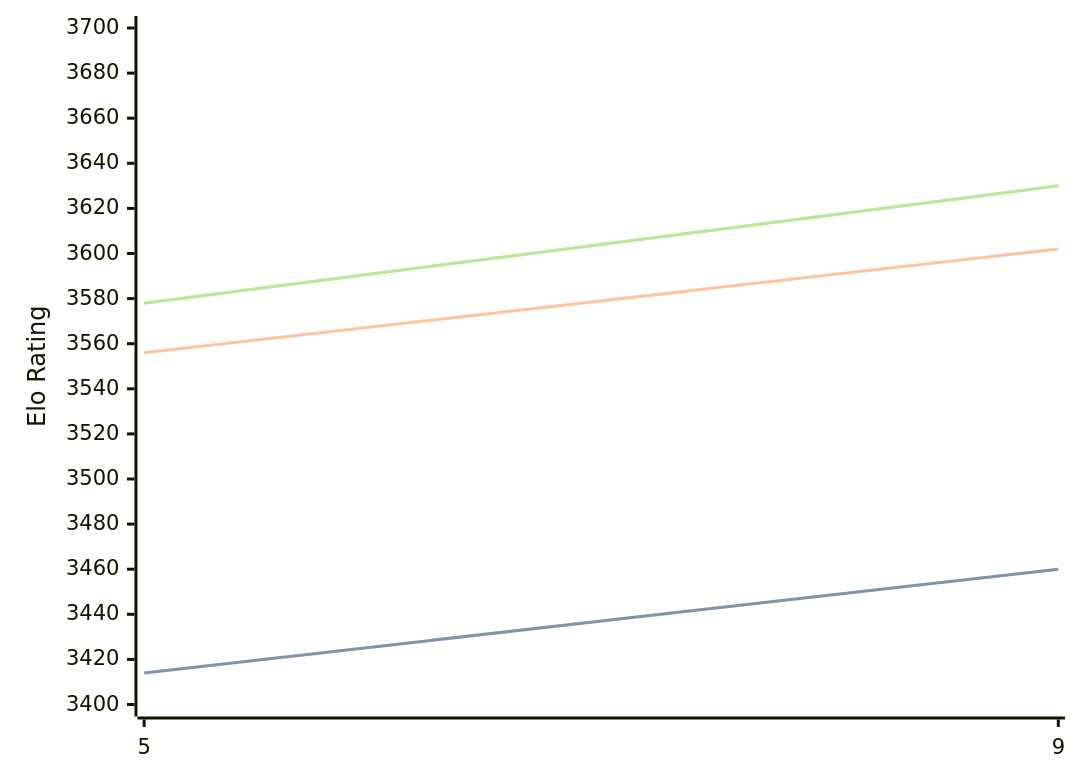
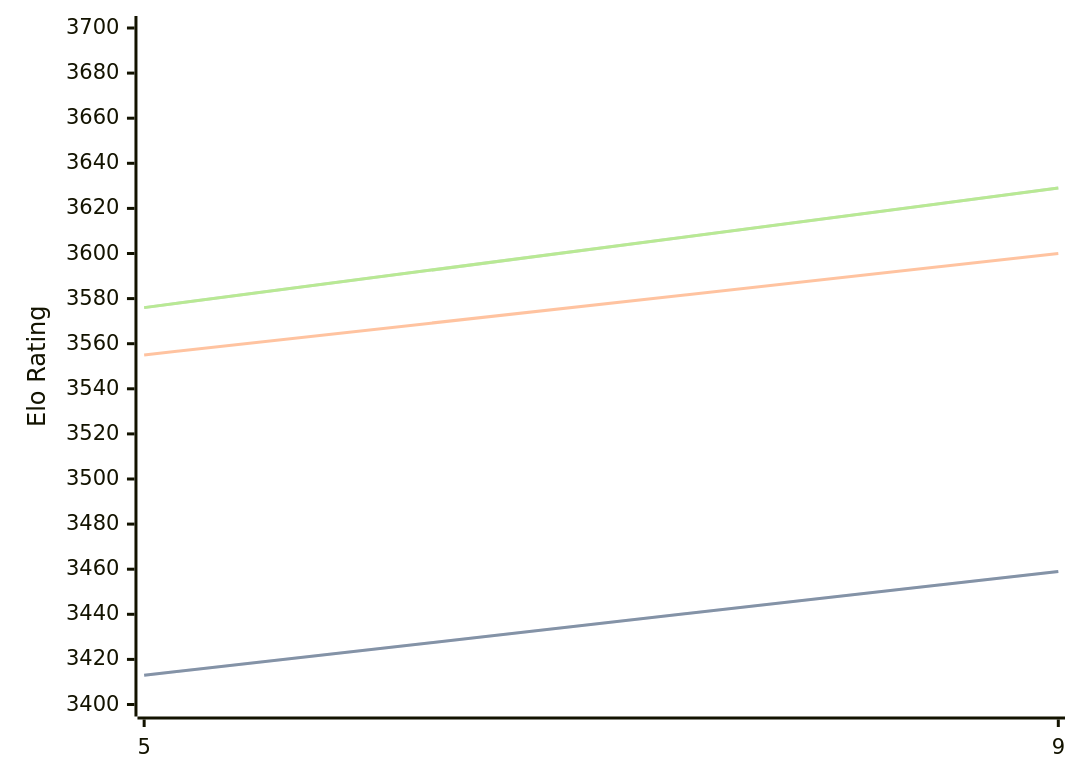
The diagram in engines/Crystal.md (computer-chess-index/cci), drawn with Mermaid before and after one commit. The commit also changed other lines of this file, not shown here.

Commit message:
Update CCI Ratings (ELO VLTC) - 2026-04-26

````diff
--- a/engines/Crystal.md
+++ b/engines/Crystal.md
@@ -60,11 +60,11 @@
 ```mermaid
 %%{init: {"theme":"base","themeVariables":{"seriesColors:['#a3a3a3','#222221','#faa371']}}}%%
 xychart-beta
   x-axis ["5", "9"]
   y-axis "Elo Rating" 3400 --> 3700
-  line "STC (8.0+0.08s)" [3414, 3460]
-  line "STC (8.0+0.08s)" [3414, 3460]
-  line "LTC (60.0+0.60s)" [3556, 3602]
-  line "VLTC (2m24s+1.12s)" [3578, 3630]
-  line "VLTC (2m24s+1.12s)" [3578, 3630]
+  line "STC (8.0+0.08s)" [3413, 3459]
+  line "STC (8.0+0.08s)" [3413, 3459]
+  line "LTC (60.0+0.60s)" [3555, 3600]
+  line "VLTC (2m24s+1.12s)" [3576, 3629]
+  line "VLTC (2m24s+1.12s)" [3576, 3629]
 ```
````
